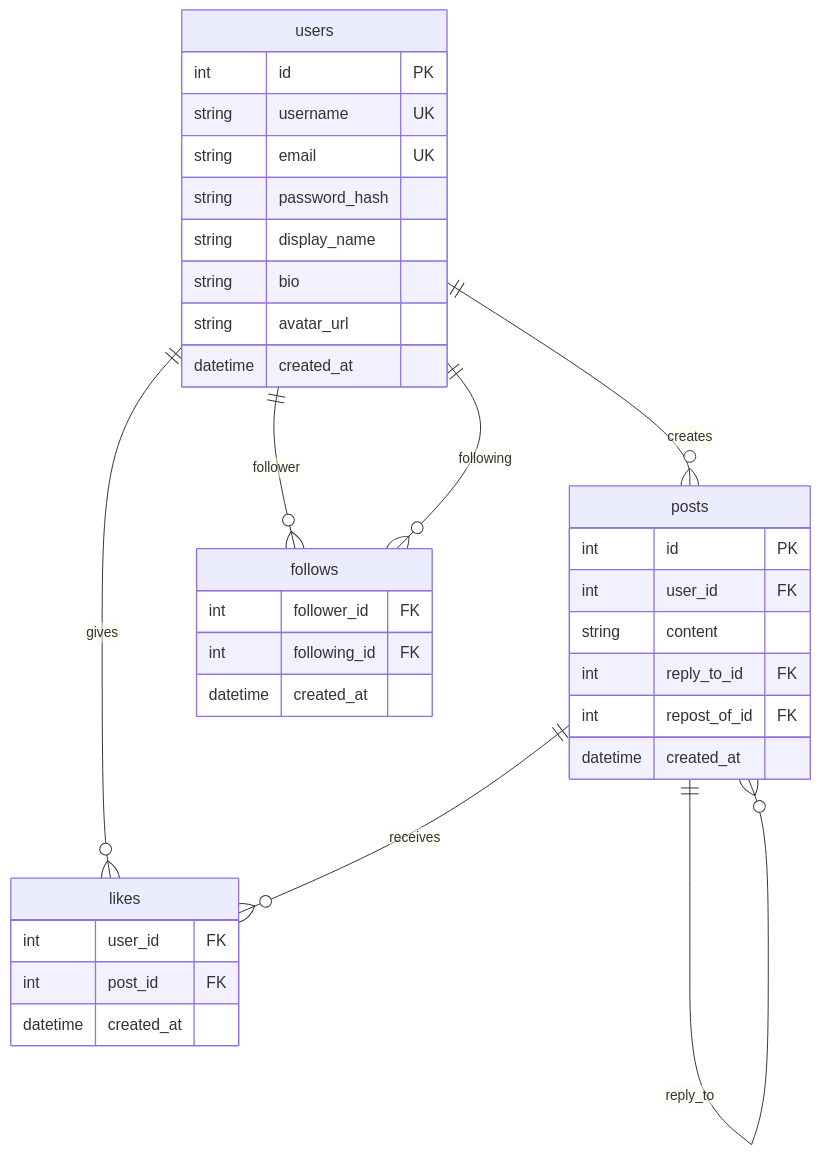
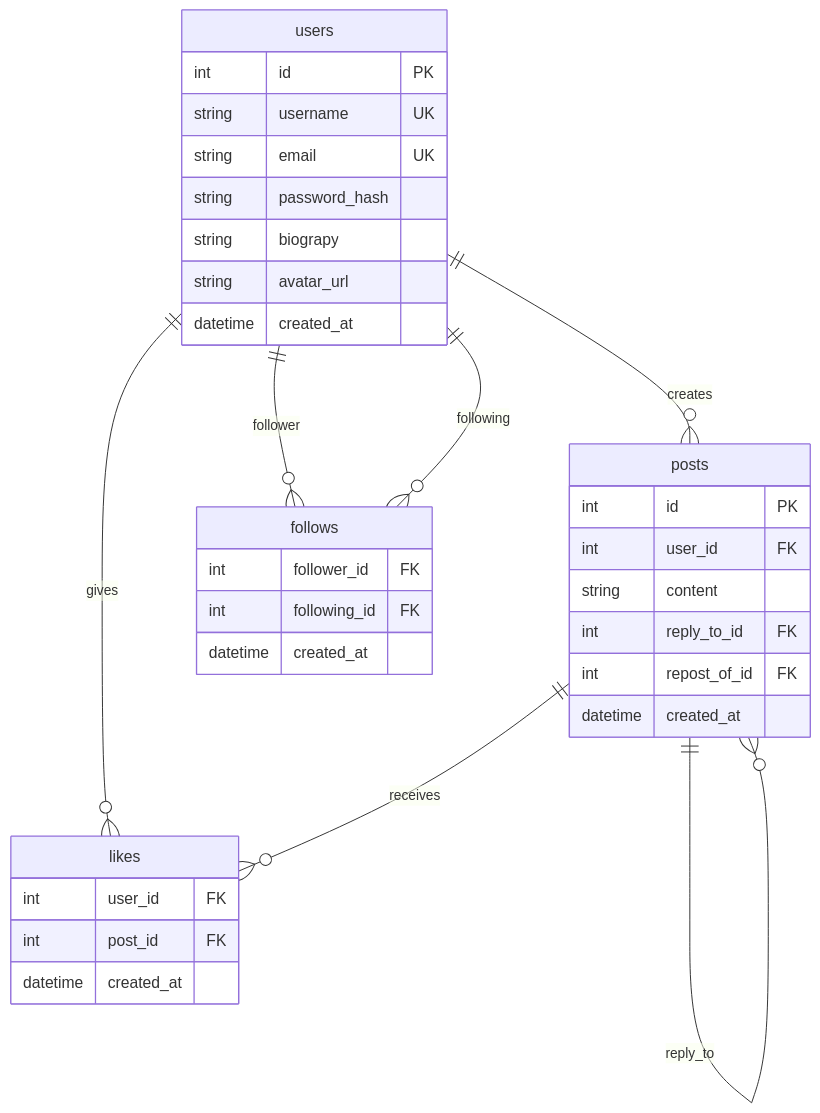
The diagram in README.md (kaja36/SNS-backend), drawn with Mermaid before and after one commit.

Commit message:
fix: db-design

````diff
--- a/README.md
+++ b/README.md
@@ -3,41 +3,40 @@
 ```mermaid
 erDiagram
     users ||--o{ posts : creates
     users ||--o{ follows : follower
     users ||--o{ follows : following
     users ||--o{ likes : gives
     posts ||--o{ likes : receives
     posts ||--o{ posts : reply_to
 
     users {
         int id PK
         string username UK
         string email UK
         string password_hash
-        string display_name
-        string bio
+        string biograpy
         string avatar_url
         datetime created_at
     }
 
     posts {
         int id PK
         int user_id FK
         string content
         int reply_to_id FK
         int repost_of_id FK
         datetime created_at
     }
 
     follows {
         int follower_id FK
         int following_id FK
         datetime created_at
     }
 
     likes {
         int user_id FK
         int post_id FK
         datetime created_at
     }
 ```
````
